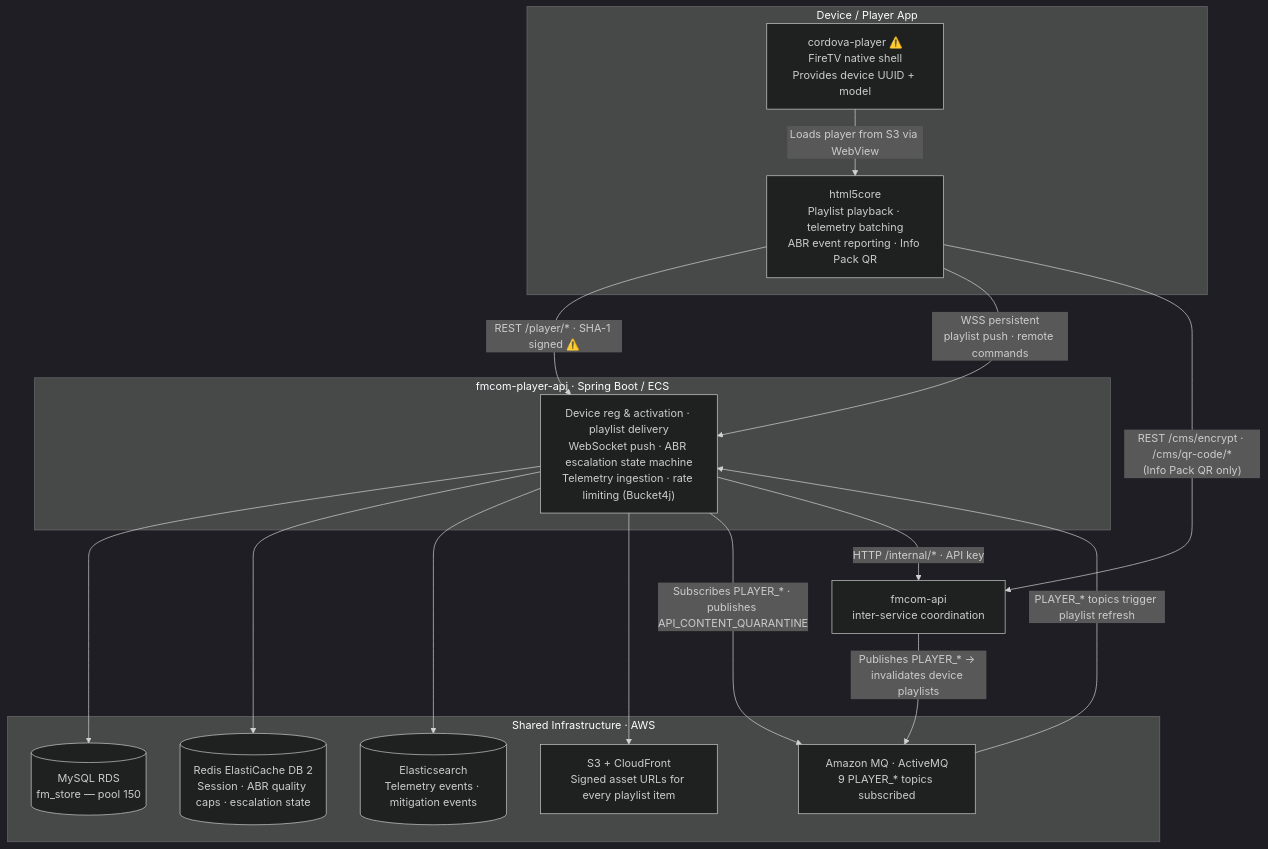
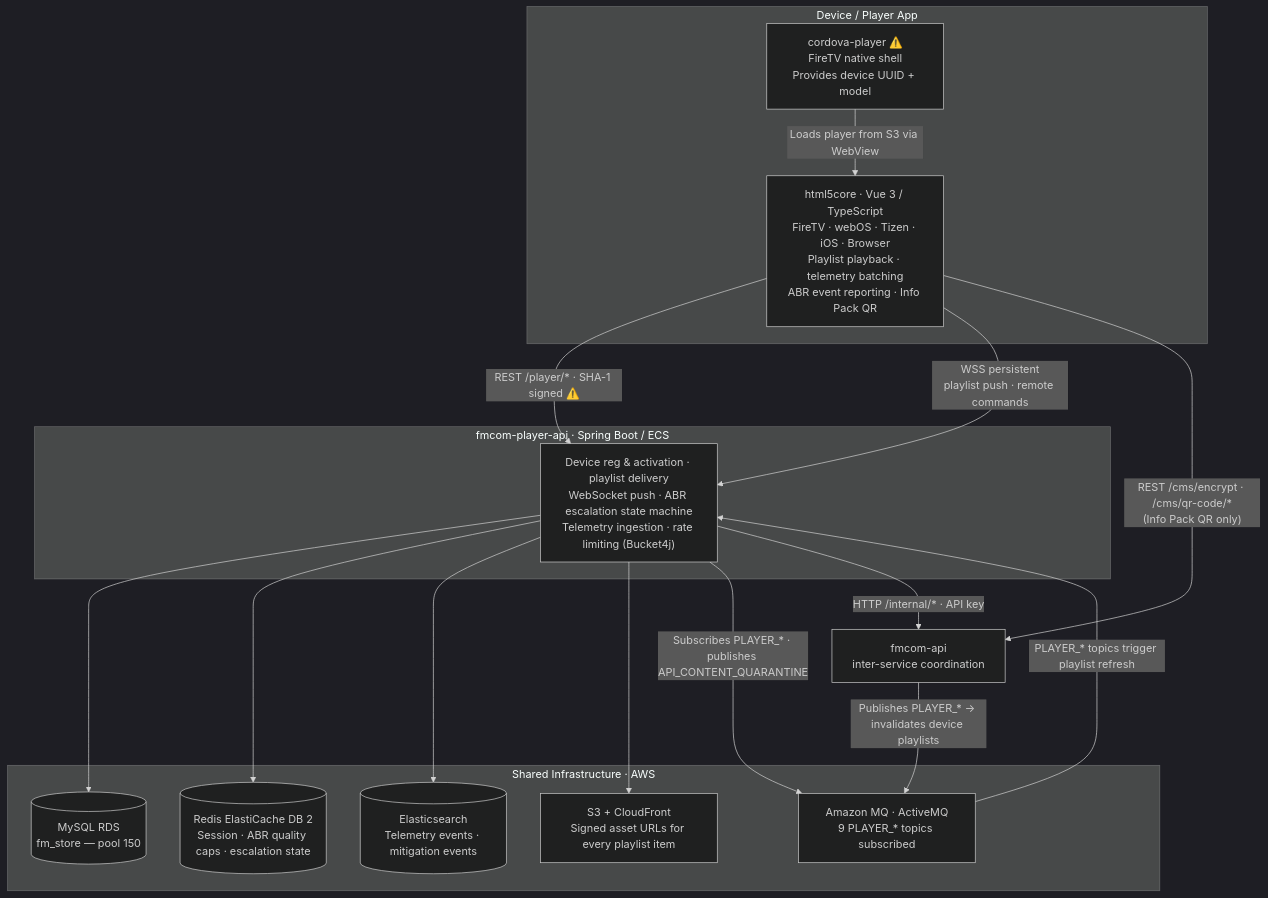
The third of 4 diagrams in layers/layer-3-architecture/intermediate/system-overview-diagram.md (rafael-torre/vrtly-knowledge-base), drawn with Mermaid (dark theme) before and after one commit. The commit also changed other lines of this file and 5 other files, not shown here.

````diff
--- a/layers/layer-3-architecture/intermediate/system-overview-diagram.md
+++ b/layers/layer-3-architecture/intermediate/system-overview-diagram.md
@@ -96,35 +103,35 @@
 ```mermaid
 flowchart TD
     subgraph Device["Device / Player App"]
         Cordova["cordova-player ⚠️\nFireTV native shell\nProvides device UUID + model"]
-        HTML5["html5core\nPlaylist playback · telemetry batching\nABR event reporting · Info Pack QR"]
+        HTML5["html5core · Vue 3 / TypeScript\nFireTV · webOS · Tizen · iOS · Browser\nPlaylist playback · telemetry batching\nABR event reporting · Info Pack QR"]
     end
 
     subgraph PAPI["fmcom-player-api · Spring Boot / ECS"]
         PACore["Device reg & activation · playlist delivery\nWebSocket push · ABR escalation state machine\nTelemetry ingestion · rate limiting (Bucket4j)"]
     end
 
     subgraph Infra["Shared Infrastructure · AWS"]
         MySQL[("MySQL RDS\nfm_store — pool 150")]
         Redis[("Redis ElastiCache DB 2\nSession · ABR quality caps · escalation state")]
         ES[("Elasticsearch\nTelemetry events · mitigation events")]
         S3CF["S3 + CloudFront\nSigned asset URLs for every playlist item"]
         MQ["Amazon MQ · ActiveMQ\n9 PLAYER_* topics subscribed"]
     end
 
     FMComAPI["fmcom-api\ninter-service coordination"]
 
     Cordova -->|"Loads player from S3 via WebView"| HTML5
     HTML5 -->|"REST /player/* · SHA-1 signed ⚠️"| PACore
     HTML5 -->|"WSS persistent\nplaylist push · remote commands"| PACore
     HTML5 -->|"REST /cms/encrypt · /cms/qr-code/*\n(Info Pack QR only)"| FMComAPI
 
     PACore --> MySQL
     PACore --> Redis
     PACore --> ES
     PACore --> S3CF
     PACore -->|"Subscribes PLAYER_* · publishes API_CONTENT_QUARANTINE"| MQ
     PACore -->|"HTTP /internal/* · API key"| FMComAPI
     FMComAPI -->|"Publishes PLAYER_* → invalidates device playlists"| MQ
     MQ -->|"PLAYER_* topics trigger playlist refresh"| PACore
 ```
````
